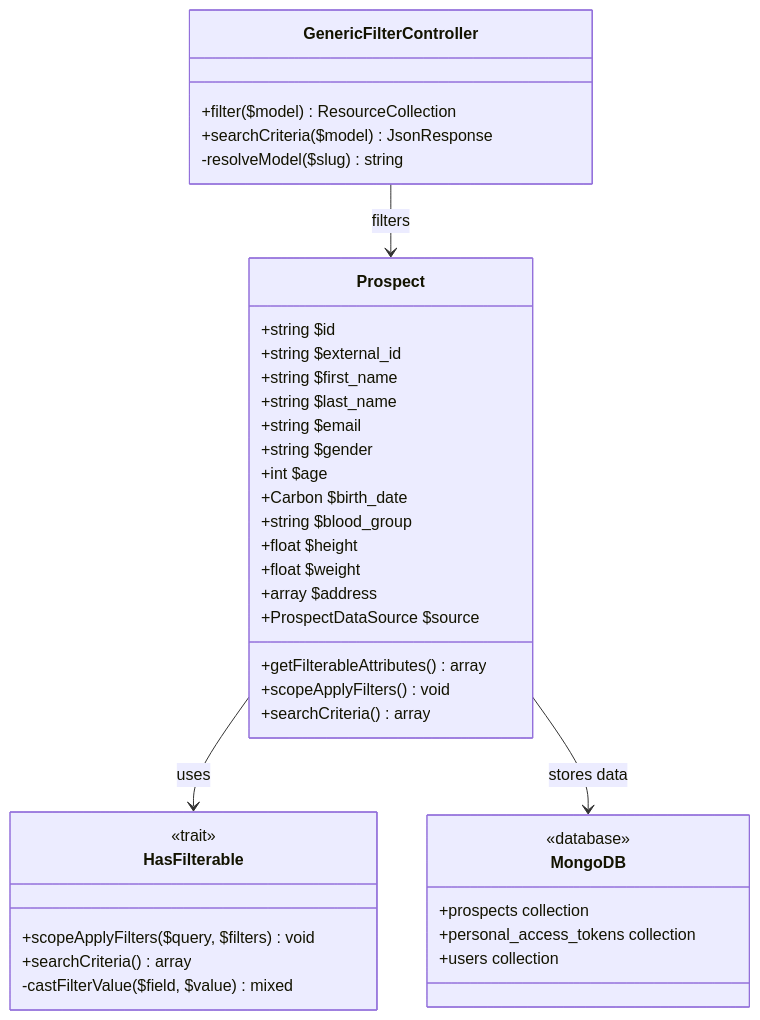
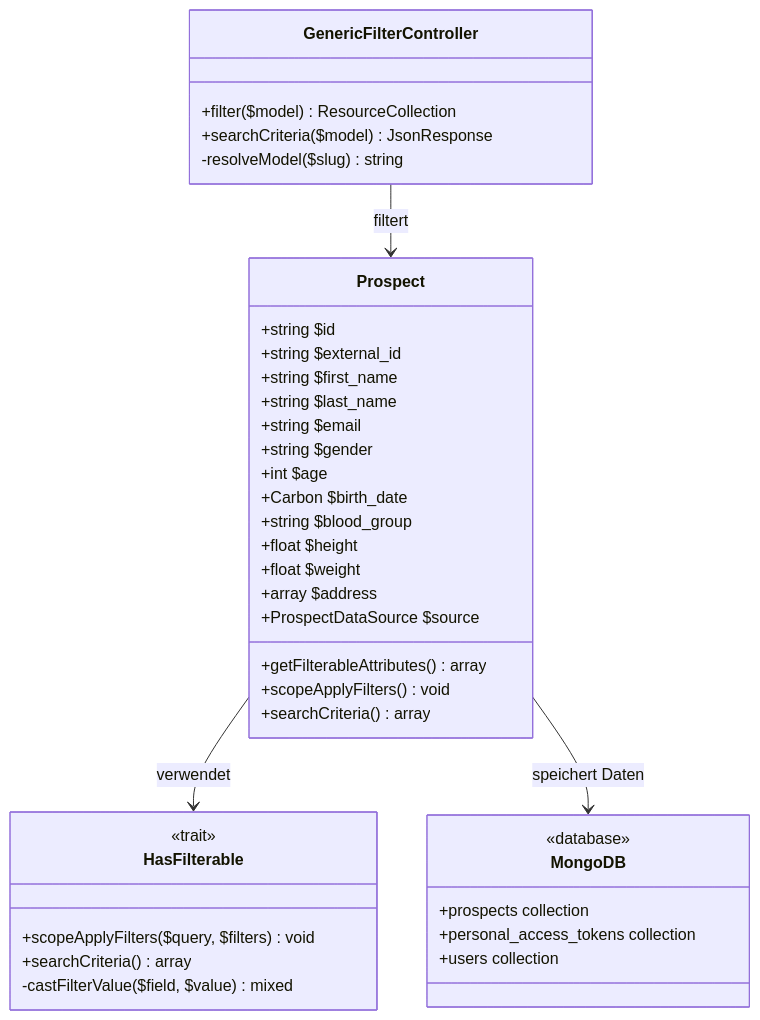
The fifth of 6 diagrams in docs/src/GenericFilter.md (chrisoco/APDE_BE), drawn with Mermaid before and after one commit. The commit also changed other lines of this file and 14 other files, not shown here.

````diff
--- a/docs/src/GenericFilter.md
+++ b/docs/src/GenericFilter.md
@@ -183,45 +183,45 @@
 ```mermaid
 classDiagram
     class Prospect {
         +string $id
         +string $external_id
         +string $first_name
         +string $last_name
         +string $email
         +string $gender
         +int $age
         +Carbon $birth_date
         +string $blood_group
         +float $height
         +float $weight
         +array $address
         +ProspectDataSource $source
         +getFilterableAttributes() array
         +scopeApplyFilters() void
         +searchCriteria() array
     }
-    
+
     class HasFilterable {
         <<trait>>
         +scopeApplyFilters($query, $filters) void
         +searchCriteria() array
         -castFilterValue($field, $value) mixed
     }
-    
+
     class GenericFilterController {
         +filter($model) ResourceCollection
         +searchCriteria($model) JsonResponse
         -resolveModel($slug) string
     }
-    
+
     class MongoDB {
         <<database>>
         +prospects collection
         +personal_access_tokens collection
         +users collection
     }
-    
-    Prospect --> HasFilterable : uses
-    GenericFilterController --> Prospect : filters
-    Prospect --> MongoDB : stores data
+
+    Prospect --> HasFilterable : verwendet
+    GenericFilterController --> Prospect : filtert
+    Prospect --> MongoDB : speichert Daten
 ```
````
